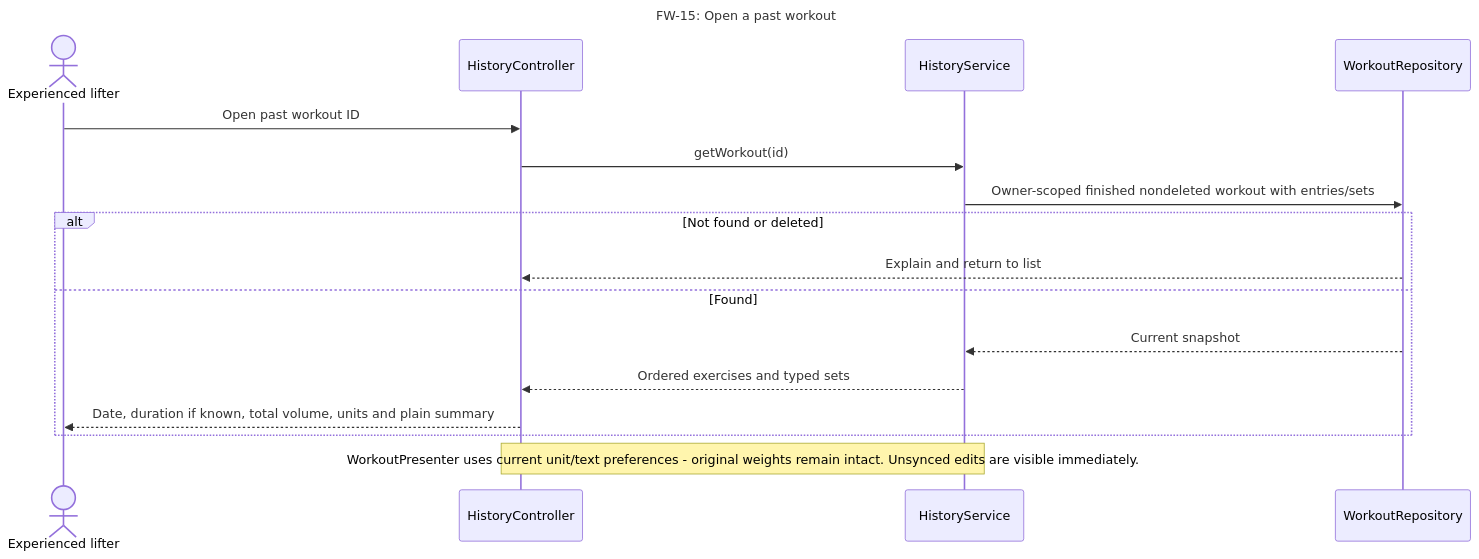
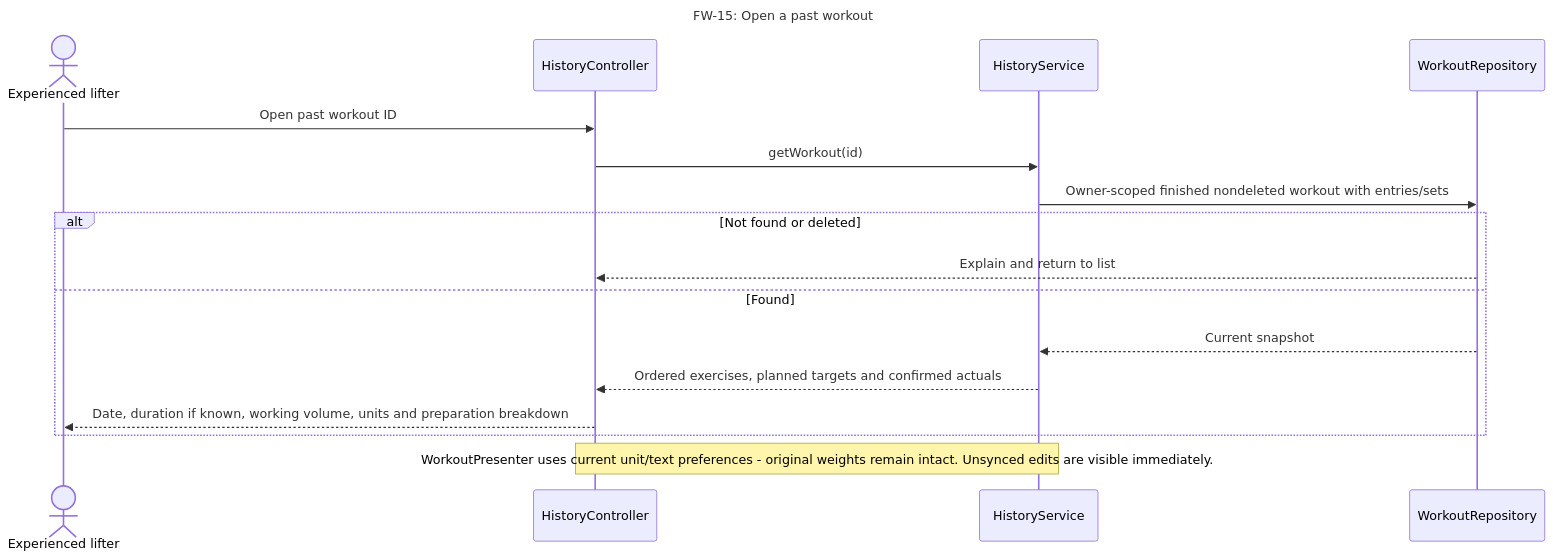
One commit to SebasLopez2005/SWEProject1 changed diagram 27 of 50 in docs/part2/design/README.md. Above: the diagram before and after it, drawn with Mermaid. The commit also changed other lines of this file and 47 other files, not shown here.

````diff
--- a/docs/part2/design/README.md
+++ b/docs/part2/design/README.md
@@ -1396,19 +1720,19 @@
 ```mermaid
 sequenceDiagram
     title FW-15: Open a past workout
     actor U as Experienced lifter
     participant C as HistoryController
     participant S as HistoryService
     participant R as WorkoutRepository
     U->>C: Open past workout ID
     C->>S: getWorkout(id)
     S->>R: Owner-scoped finished nondeleted workout with entries/sets
     alt Not found or deleted
      R-->>C: Explain and return to list
     else Found
      R-->>S: Current snapshot
-     S-->>C: Ordered exercises and typed sets
-     C-->>U: Date, duration if known, total volume, units and plain summary
+     S-->>C: Ordered exercises, planned targets and confirmed actuals
+     C-->>U: Date, duration if known, working volume, units and preparation breakdown
     end
     Note over C,S: WorkoutPresenter uses current unit/text preferences -  original weights remain intact. Unsynced edits are visible immediately.
 ```
````
